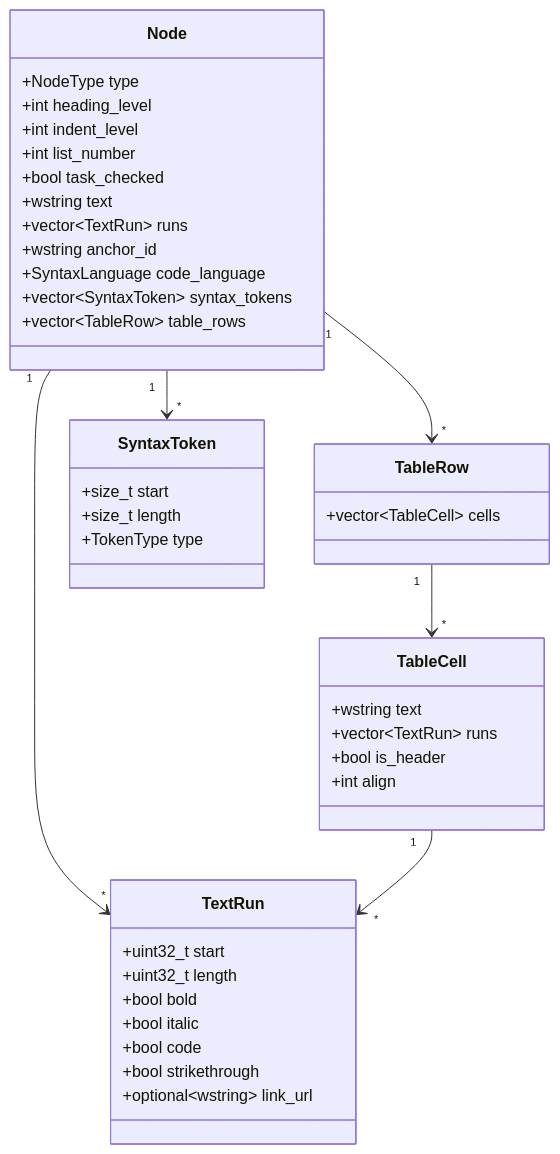
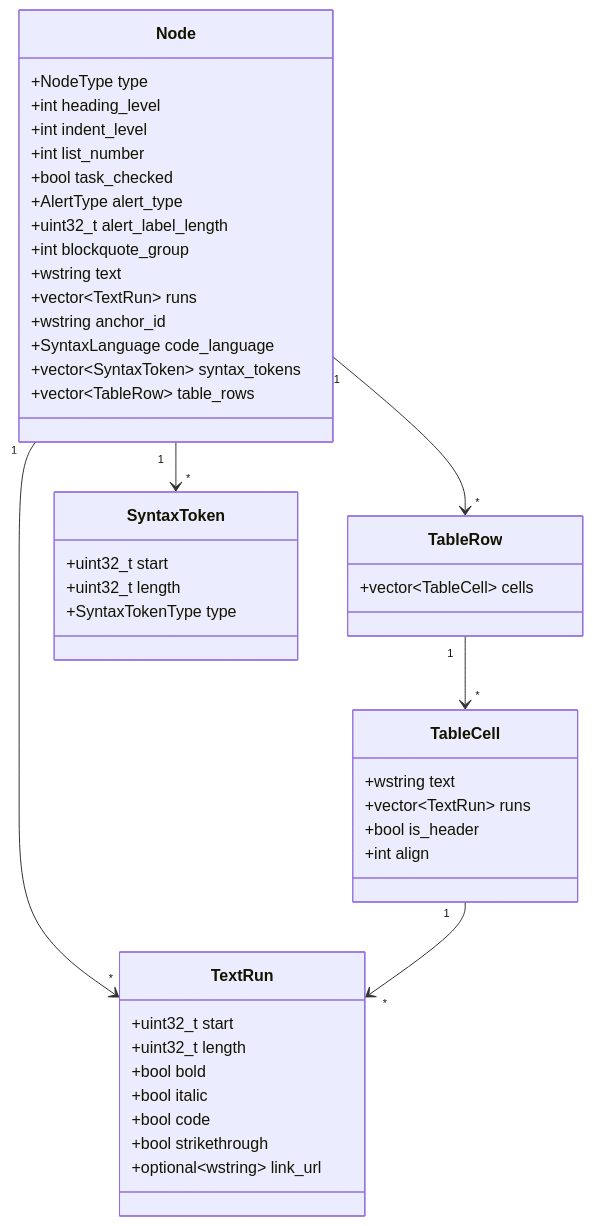
Before and after one commit to tanaton/mendo: diagram 14 of 27 in test.md, drawn with Mermaid. The commit also changed other lines of this file, not shown here.

````diff
--- a/test.md
+++ b/test.md
@@ -1149,49 +1336,52 @@
 ```mermaid
 classDiagram
     class Node {
         +NodeType type
         +int heading_level
         +int indent_level
         +int list_number
         +bool task_checked
+        +AlertType alert_type
+        +uint32_t alert_label_length
+        +int blockquote_group
         +wstring text
         +vector~TextRun~ runs
         +wstring anchor_id
         +SyntaxLanguage code_language
         +vector~SyntaxToken~ syntax_tokens
         +vector~TableRow~ table_rows
     }
 
     class TextRun {
         +uint32_t start
         +uint32_t length
         +bool bold
         +bool italic
         +bool code
         +bool strikethrough
         +optional~wstring~ link_url
     }
 
     class TableRow {
         +vector~TableCell~ cells
     }
 
     class TableCell {
         +wstring text
         +vector~TextRun~ runs
         +bool is_header
         +int align
     }
 
     class SyntaxToken {
-        +size_t start
-        +size_t length
-        +TokenType type
+        +uint32_t start
+        +uint32_t length
+        +SyntaxTokenType type
     }
 
     Node "1" --> "*" TextRun
     Node "1" --> "*" TableRow
     Node "1" --> "*" SyntaxToken
     TableRow "1" --> "*" TableCell
     TableCell "1" --> "*" TextRun
 ```
````
